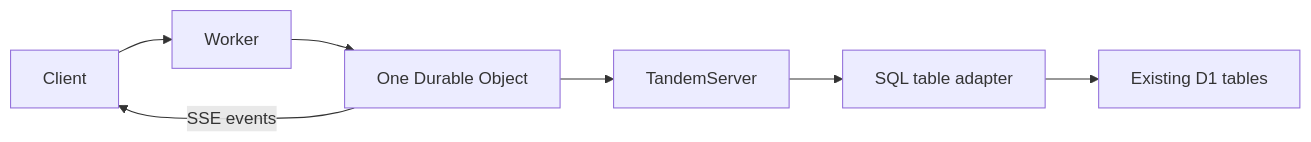
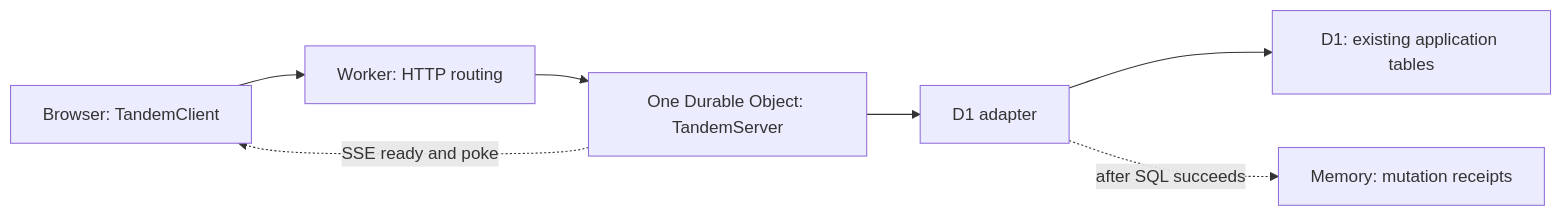
The first of 3 diagrams in specs/sql-storage.md (tanishqkancharla/tandem), drawn with Mermaid before and after one commit. The commit also changed other lines of this file and 15 other files, not shown here.

First line of the commit message:
Add Cloudflare D1 and SSE setup guide and example (#92)

````diff
--- a/specs/sql-storage.md
+++ b/specs/sql-storage.md
@@ -18,10 +31,13 @@
 ```mermaid
 flowchart LR
-    C[Client] --> W[Worker]
-    W --> O[One Durable Object]
-    O --> T[TandemServer]
-    T --> A[SQL table adapter]
-    A --> D[Existing D1 tables]
-    O -->|SSE events| C
-    %% ref node:T [[packages/server/src/TandemServer.ts#TandemServer]]
+    B[Browser: TandemClient] --> W[Worker: HTTP routing]
+    W --> O[One Durable Object: TandemServer]
+    O --> A[D1 adapter]
+    A --> D[D1: existing application tables]
+    A -. after SQL succeeds .-> M[Memory: mutation receipts]
+    O -. SSE ready and poke .-> B
+    %% ref node:W [[135d64d:examples/cloudflare/apps/server/src/index.ts#L92-L98]]
+    %% ref node:O [[135d64d:examples/cloudflare/apps/server/src/index.ts#L51-L60]]
+    %% ref node:A [[2c048b4:packages/server/src/storage/TandemServerD1Storage.ts#L18-L45]]
+    %% ref node:M [[ae7f3bc..2c048b4:packages/server/src/storage/TandemServerSqlStorage.ts#L176-L191]]
 ```
````
